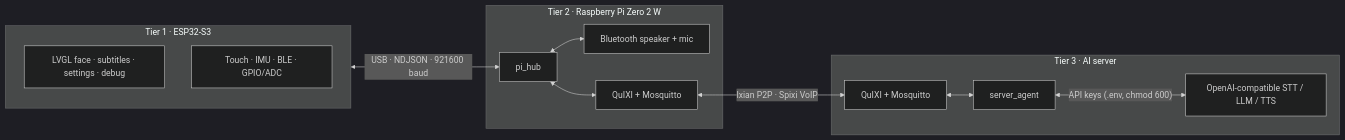
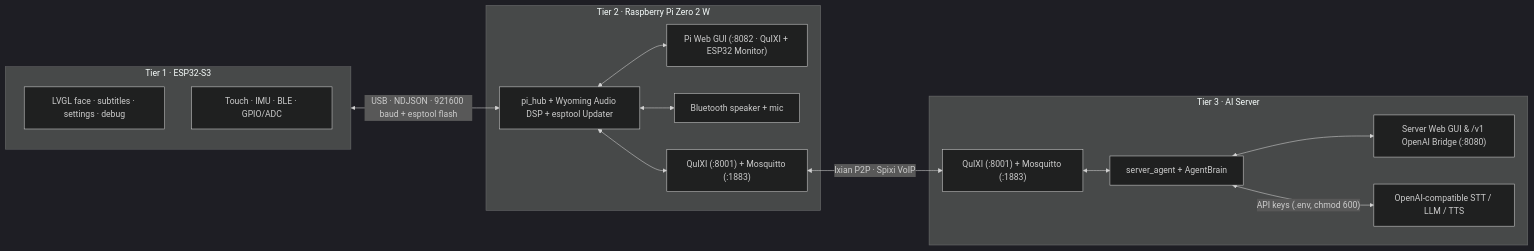
One commit to subsubl/alf changed the diagram in README.md. Above: the diagram before and after it, drawn with Mermaid (dark theme). The commit also changed other lines of this file, not shown here.

Commit message:
docs(readme): document Pi & Server Web GUIs, /v1 Open WebUI bridge, Wyoming audio, and ESP32-S3 live reflashing

````diff
--- a/README.md
+++ b/README.md
@@ -29,23 +29,27 @@
 ```mermaid
 flowchart LR
     subgraph T1["Tier 1 · ESP32-S3"]
         UI["LVGL face · subtitles · settings · debug"]
         SENS["Touch · IMU · BLE · GPIO/ADC"]
     end
     subgraph T2["Tier 2 · Raspberry Pi Zero 2 W"]
-        HUB["pi_hub"]
+        HUB["pi_hub + Wyoming Audio DSP + esptool Updater"]
+        PIGUI["Pi Web GUI (:8082 · QuIXI + ESP32 Monitor)"]
         BT["Bluetooth speaker + mic"]
-        QP["QuIXI + Mosquitto"]
+        QP["QuIXI (:8001) + Mosquitto (:1883)"]
     end
-    subgraph T3["Tier 3 · AI server"]
-        QS["QuIXI + Mosquitto"]
-        AG["server_agent"]
+    subgraph T3["Tier 3 · AI Server"]
+        QS["QuIXI (:8001) + Mosquitto (:1883)"]
+        AG["server_agent + AgentBrain"]
+        SRVGUI["Server Web GUI & /v1 OpenAI Bridge (:8080)"]
         AI["OpenAI-compatible STT / LLM / TTS"]
     end
-    T1 <-- "USB · NDJSON · 921600 baud" --> HUB
+    T1 <-- "USB · NDJSON · 921600 baud + esptool flash" --> HUB
+    HUB <--> PIGUI
     HUB <--> BT
     HUB <--> QP
     QP <-- "Ixian P2P · Spixi VoIP" --> QS
     QS <--> AG
+    AG <--> SRVGUI
     AG <-- "API keys (.env, chmod 600)" --> AI
 ```
````
